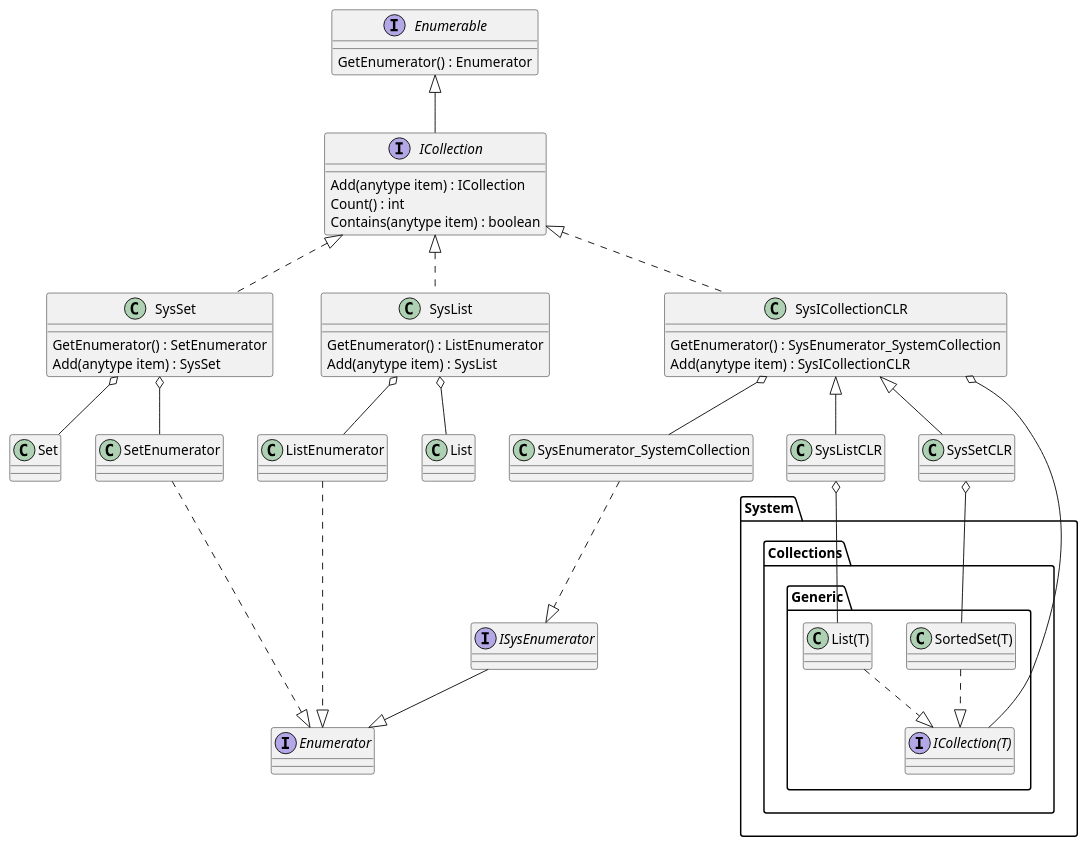
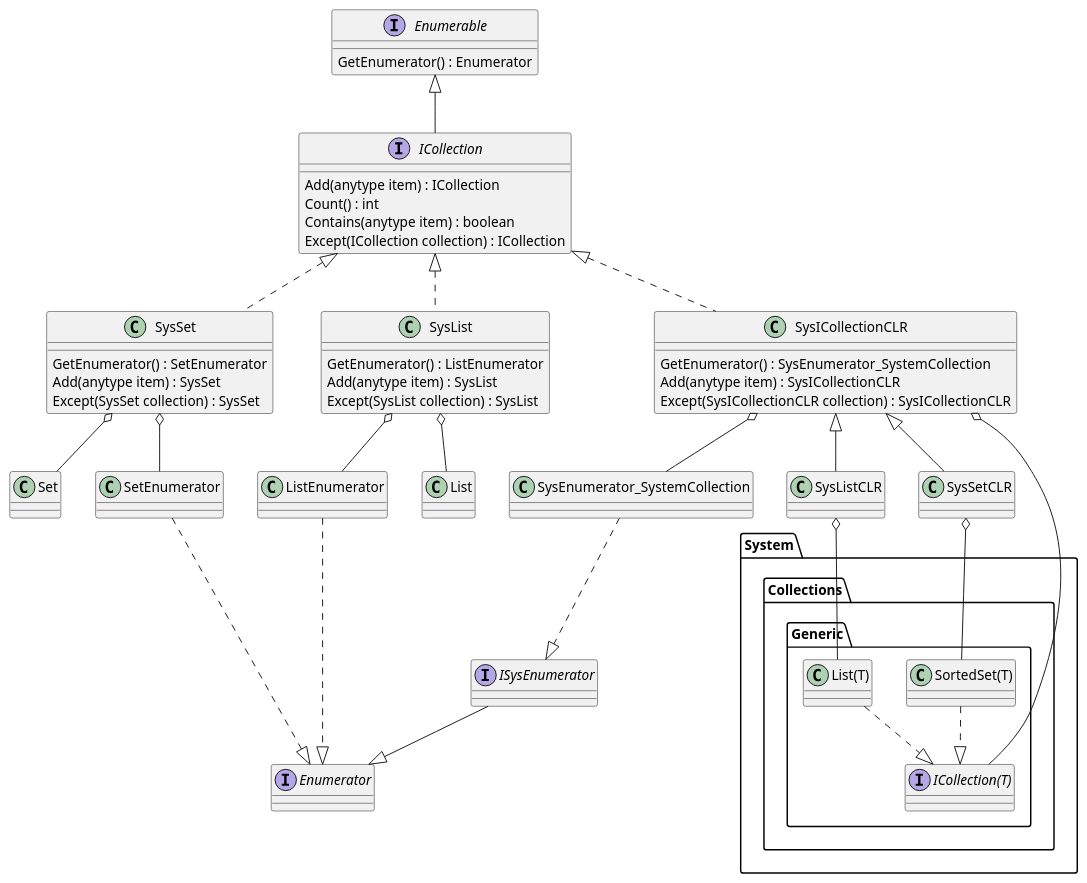
Before and after one commit to d-tolstov/Ax2009-ICollection: the diagram in schema.puml, drawn with PlantUML. The commit also changed 3 other files, not shown here.

```diff
--- a/schema.puml
+++ b/schema.puml
@@ -1,80 +1,84 @@
 @startuml "ICollection"
 
 interface Enumerable{
     GetEnumerator() : Enumerator
 }
 
 interface ICollection{
     Add(anytype item) : ICollection
     Count() : int
     Contains(anytype item) : boolean
+    Except(ICollection collection) : ICollection
 }
 Enumerable <|-- ICollection
 
 class SysSet{
     GetEnumerator() : SetEnumerator
     Add(anytype item) : SysSet
+    Except(SysSet collection) : SysSet
 }
 ICollection <|.. SysSet
 
 class Set{
 }
 SysSet o-- Set
 
 class SetEnumerator{
 }
 SysSet o-- SetEnumerator
 
 class SysList{
     GetEnumerator() : ListEnumerator
     Add(anytype item) : SysList
+    Except(SysList collection) : SysList
 }
 ICollection <|.. SysList
 
 class ListEnumerator{
 }
 SysList o-- ListEnumerator
 
 class List{
 }
 SysList o-- List
 
 interface Enumerator{
 }
 SetEnumerator ..|> Enumerator
 ListEnumerator ..|> Enumerator
 
 class SysICollectionCLR{
     GetEnumerator() : SysEnumerator_SystemCollection
     Add(anytype item) : SysICollectionCLR
+    Except(SysICollectionCLR collection) : SysICollectionCLR
 }
 ICollection <|.. SysICollectionCLR
 
 class SysListCLR{
 }
 SysICollectionCLR <|-- SysListCLR
 
 class SysSetCLR{
 }
 SysICollectionCLR <|-- SysSetCLR
 
 class SysEnumerator_SystemCollection{
 }
 SysICollectionCLR o-- SysEnumerator_SystemCollection
 
 interface ISysEnumerator{
 }
 SysEnumerator_SystemCollection ..|> ISysEnumerator
 ISysEnumerator --|> Enumerator
 
 package System.Collections.Generic{
     interface ICollection(T){
     }
     SysICollectionCLR o-- "ICollection(T)"
     SysListCLR o-- "List(T)"
     "List(T)" ..|> "ICollection(T)"
     SysSetCLR o-- "SortedSet(T)"
     "SortedSet(T)" ..|> "ICollection(T)"
 }
 
 @enduml
```
